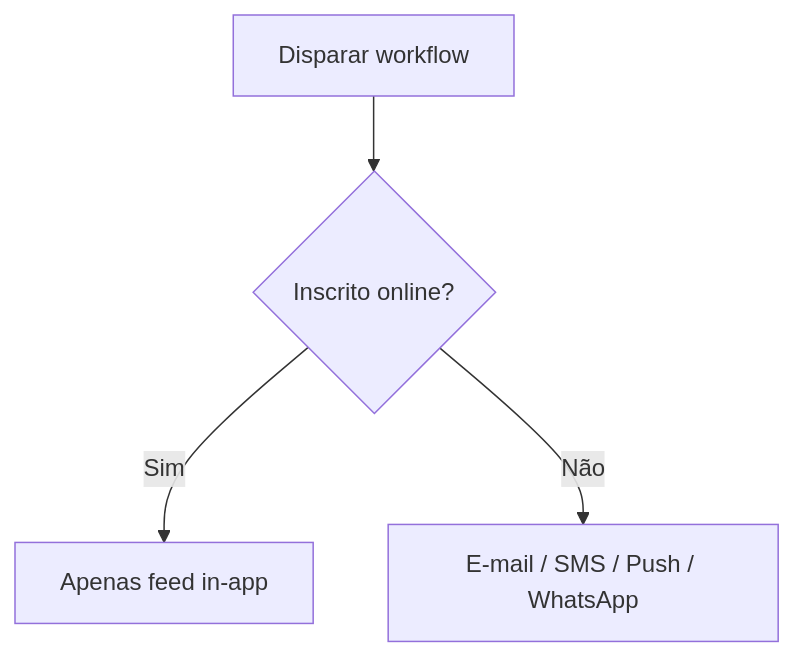
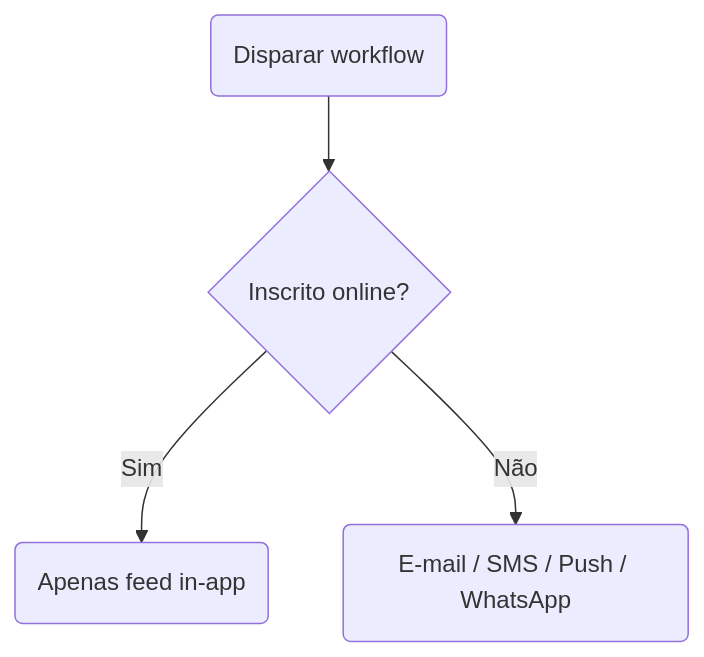
One commit to KriyanshKhunt/nexus_docs changed the diagram in content/docs/pt/platform/features/cost-reduction.mdx. Above: the diagram before and after it, drawn with Mermaid. The commit also changed 20 other files, not shown here.

Commit message:
Handle pt Mermaid charts

````diff
--- a/content/docs/pt/platform/features/cost-reduction.mdx
+++ b/content/docs/pt/platform/features/cost-reduction.mdx
@@ -16,6 +16,6 @@
 ```mermaid
 flowchart TD
-  Trigger[Disparar workflow] --> Check{Inscrito online?}
-  Check -->|Sim| Suppress[Apenas feed in-app]
-  Check -->|Não| Dispatch[E-mail / SMS / Push / WhatsApp]
+  Trigger(Disparar workflow) --> Check{Inscrito online?}
+  Check -->|Sim| Suppress(Apenas feed in-app)
+  Check -->|Não| Dispatch(E-mail / SMS / Push / WhatsApp)
 ```
````
